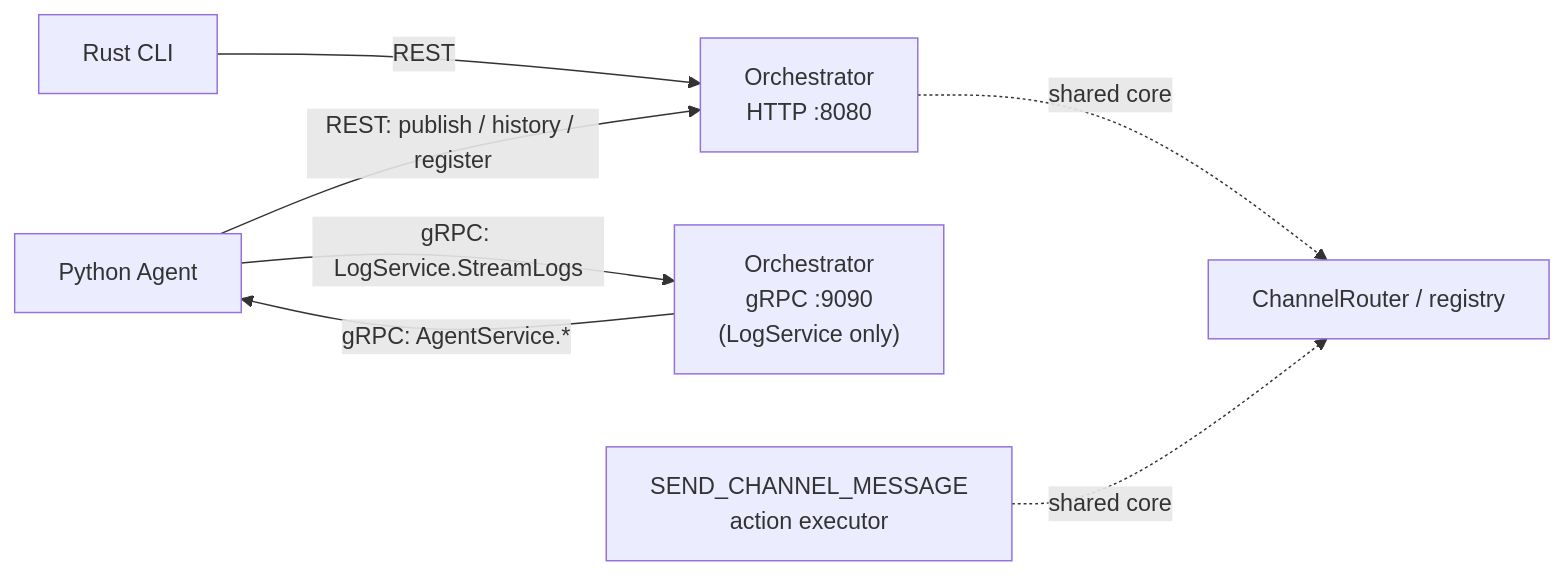
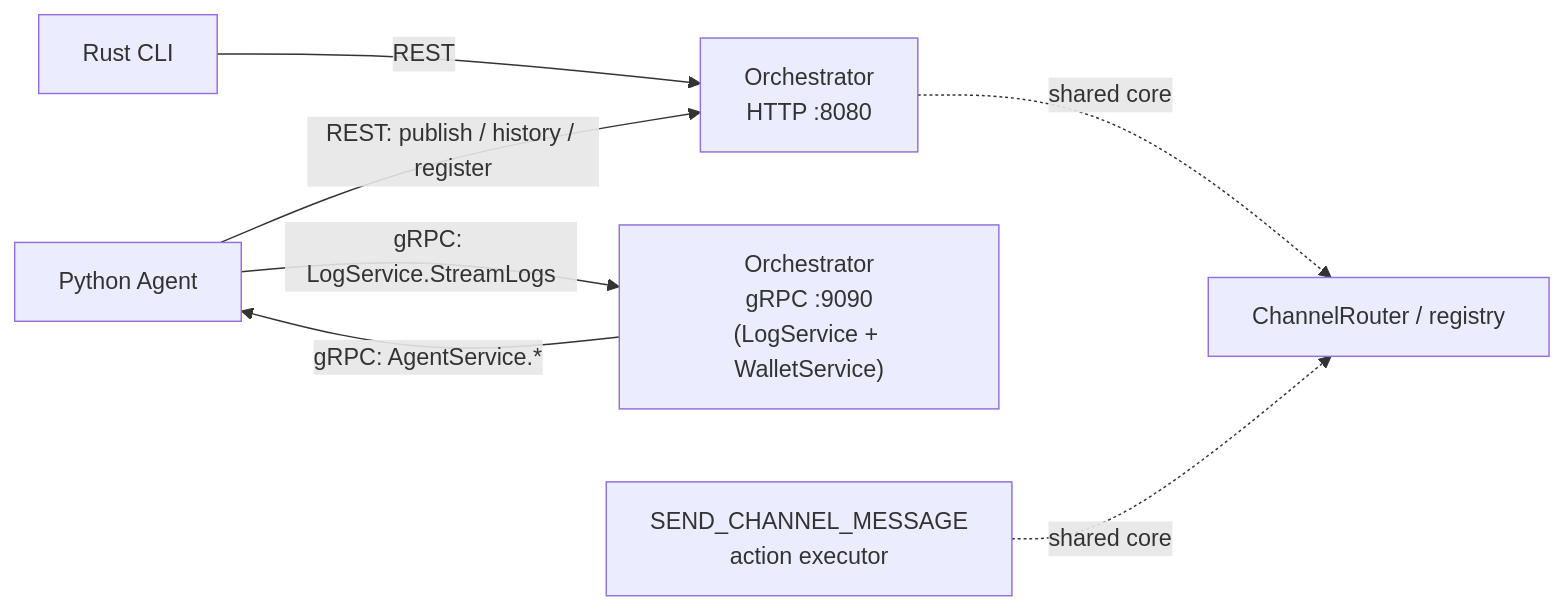
Before and after one commit to mkhomutov/Persatrix: the first of 2 diagrams in docs/rfcs/0040-agent-orchestrator-transport-unification.md, drawn with Mermaid. The commit also changed other lines of this file and 4 other files, not shown here.

````diff
--- a/docs/rfcs/0040-agent-orchestrator-transport-unification.md
+++ b/docs/rfcs/0040-agent-orchestrator-transport-unification.md
@@ -97,9 +97,9 @@
 ```mermaid
 flowchart LR
     CLI["Rust CLI"] -->|REST| OrchHTTP["Orchestrator<br/>HTTP :8080"]
     Agent["Python Agent"] -->|"REST: publish / history / register"| OrchHTTP
-    Agent -->|"gRPC: LogService.StreamLogs"| OrchGRPC["Orchestrator<br/>gRPC :9090<br/>(LogService only)"]
+    Agent -->|"gRPC: LogService.StreamLogs"| OrchGRPC["Orchestrator<br/>gRPC :9090<br/>(LogService + WalletService)"]
     OrchGRPC -->|"gRPC: AgentService.*"| Agent
     OrchHTTP -.->|"shared core"| Router["ChannelRouter / registry"]
     ActionExec["SEND_CHANNEL_MESSAGE<br/>action executor"] -.->|"shared core"| Router
 ```
````
